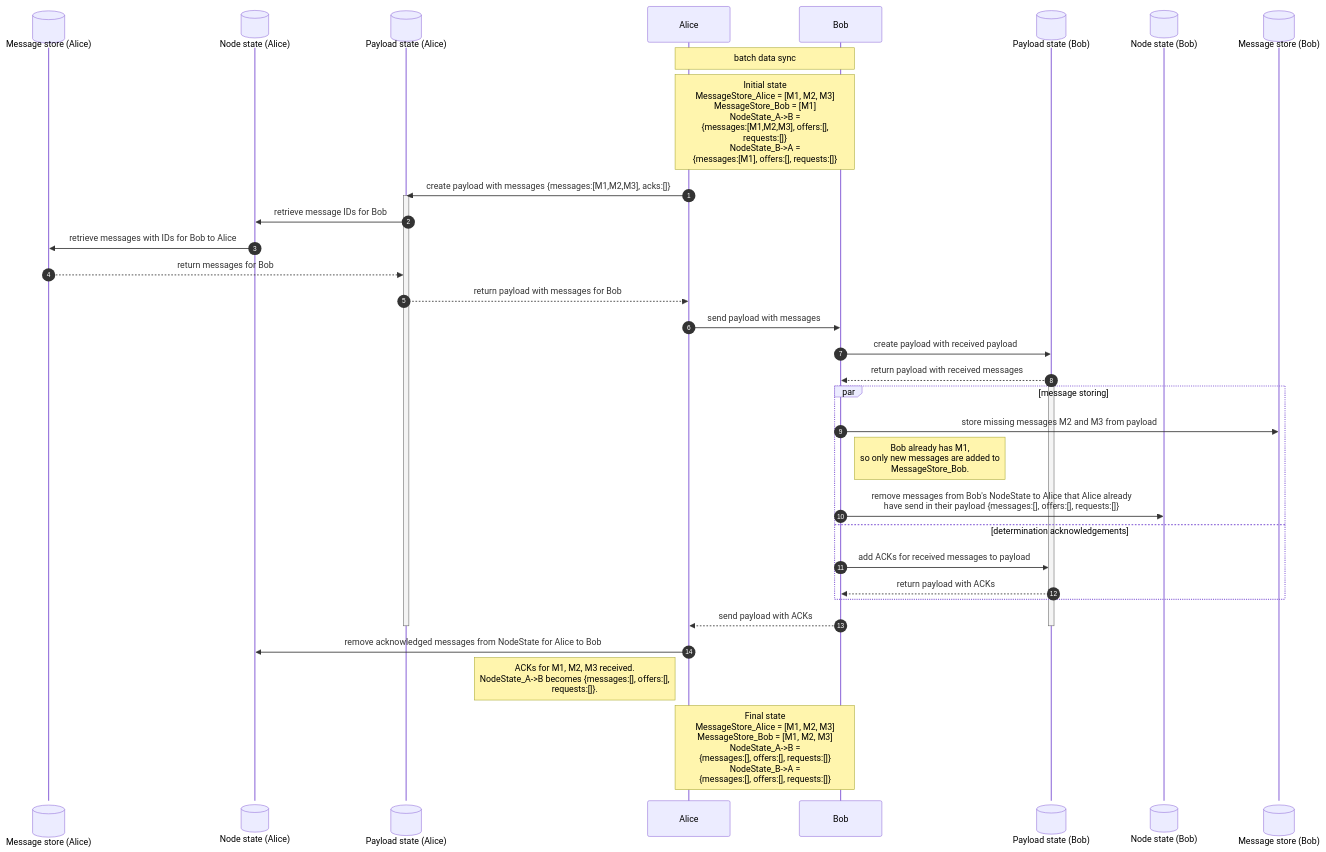
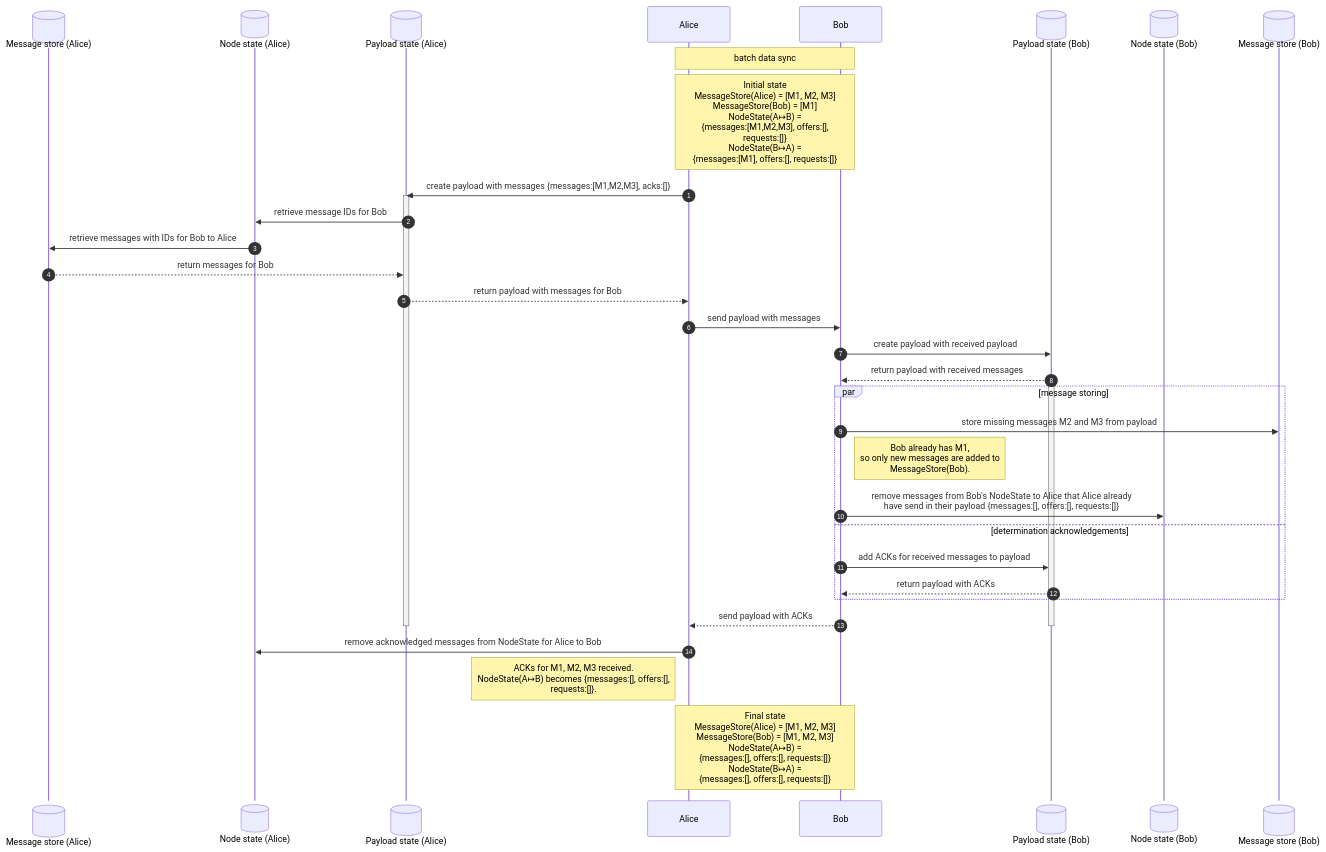
One commit to SweersJ/Decentralised-Safety---A-Protocol-for-Peer-to-Peer-Emergency-Communication changed the diagram in formal_verification/versions/01/batch/diagrams/sequence/sequenceDiagram-batch_example-1.mermaid. Above: the diagram before and after it, drawn with Mermaid. The commit also changed 2 other files, not shown here.

```diff
--- a/formal_verification/versions/01/batch/diagrams/sequence/sequenceDiagram-batch_example-1.mermaid
+++ b/formal_verification/versions/01/batch/diagrams/sequence/sequenceDiagram-batch_example-1.mermaid
@@ -1,42 +1,42 @@
 sequenceDiagram
     participant MessageStore_Alice@{ "type" : "database" } as Message store (Alice)
     participant NodeState_Alice@{ "type" : "database" } as Node state (Alice)
     participant PayloadState_Alice@{ "type" : "database" } as Payload state (Alice)
     participant Alice
     participant Bob
     participant PayloadState_Bob@{ "type" : "database" } as Payload state (Bob)
     participant NodeState_Bob@{ "type" : "database" } as Node state (Bob)
     participant MessageStore_Bob@{ "type" : "database" } as Message store (Bob)
     autonumber
 
     Note over Alice, Bob: batch data sync
 
-    Note over Alice, Bob: wrap: Initial state<br/>MessageStore_Alice = [M1, M2, M3]<br/>MessageStore_Bob = [M1]<br/>NodeState_A->B = <br/>{messages:[M1,M2,M3], offers:[],<br/> requests:[]}<br/>NodeState_B->A = <br/>{messages:[M1], offers:[], requests:[]}
+    Note over Alice, Bob: wrap: Initial state<br/>MessageStore(Alice) = [M1, M2, M3]<br/>MessageStore(Bob) = [M1]<br/>NodeState(A↦B) = <br/>{messages:[M1,M2,M3], offers:[],<br/> requests:[]}<br/>NodeState(B↦A) = <br/>{messages:[M1], offers:[], requests:[]}
 
     Alice->>PayloadState_Alice: create payload with messages {messages:[M1,M2,M3], acks:[]}
     activate PayloadState_Alice
     PayloadState_Alice->>NodeState_Alice: retrieve message IDs for Bob
     NodeState_Alice->>MessageStore_Alice: retrieve messages with IDs for Bob to Alice
     MessageStore_Alice-->>PayloadState_Alice: return messages for Bob
     PayloadState_Alice-->>Alice: return payload with messages for Bob
     Alice->>Bob: send payload with messages
     
     Bob->>PayloadState_Bob: create payload with received payload
     PayloadState_Bob-->>Bob: return payload with received messages
     activate PayloadState_Bob
     par message storing
         Bob->>MessageStore_Bob: store missing messages M2 and M3 from payload
-        Note right of Bob: Bob already has M1,<br/>so only new messages are added to <br/>MessageStore_Bob.
+        Note right of Bob: Bob already has M1,<br/>so only new messages are added to <br/>MessageStore(Bob).
         
         Bob->>NodeState_Bob: wrap: remove messages from Bob's NodeState to Alice that Alice already <br/>have send in their payload {messages:[], offers:[], requests:[]}
     and determination acknowledgements
         Bob->>PayloadState_Bob: add ACKs for received messages to payload
         PayloadState_Bob-->>Bob: return payload with ACKs
     end
     Bob-->>Alice: send payload with ACKs
     deactivate PayloadState_Bob
     deactivate PayloadState_Alice
 
     Alice->>NodeState_Alice: remove acknowledged messages from NodeState for Alice to Bob
-    Note left of Alice: ACKs for M1, M2, M3 received.<br/>NodeState_A->B becomes {messages:[], offers:[],<br/> requests:[]}.
-    Note over Alice, Bob: wrap: Final state<br/>MessageStore_Alice = [M1, M2, M3]<br/>MessageStore_Bob = [M1, M2, M3]<br/>NodeState_A->B =<br/> {messages:[], offers:[], requests:[]}<br/>NodeState_B->A =<br/> {messages:[], offers:[], requests:[]}
+    Note left of Alice: ACKs for M1, M2, M3 received.<br/>NodeState(A↦B) becomes {messages:[], offers:[],<br/> requests:[]}.
+    Note over Alice, Bob: wrap: Final state<br/>MessageStore(Alice) = [M1, M2, M3]<br/>MessageStore(Bob) = [M1, M2, M3]<br/>NodeState(A↦B) =<br/> {messages:[], offers:[], requests:[]}<br/>NodeState(B↦A) =<br/> {messages:[], offers:[], requests:[]}
```
